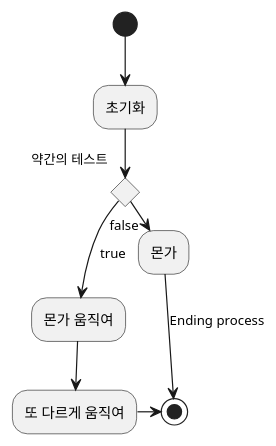
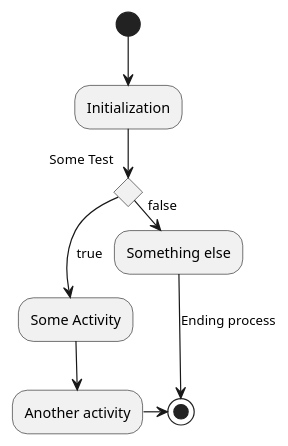
Before and after one commit to bbie-6772/bbie-6772.github.io: the third of 4 diagrams in _posts/2024-11-01-plantuml-example.md, drawn with PlantUML. The commit also changed other lines of this file and 3 other files, not shown here.

```diff
--- a/_posts/2024-11-01-plantuml-example.md
+++ b/_posts/2024-11-01-plantuml-example.md
@@ -23,12 +24,12 @@
 @startuml
-(*) --> "초기화"
+(*) --> "Initialization"
 
-if "약간의 테스트" then
-  -->[true] "몬가 움직여"
-  --> "또 다르게 움직여"
+if "Some Test" then
+  -->[true] "Some Activity"
+  --> "Another activity"
   -right-> (*)
 else
-  ->[false] "몬가"
+  ->[false] "Something else"
   -->[Ending process] (*)
 endif
 @enduml
```
